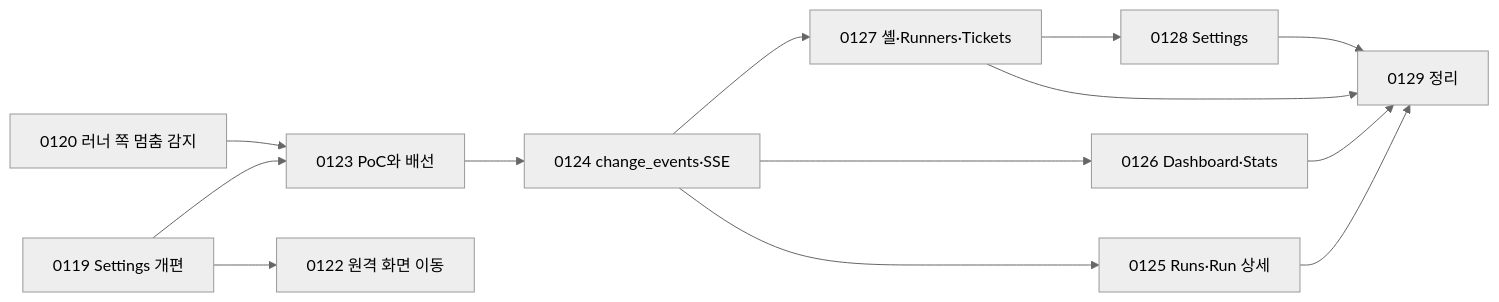
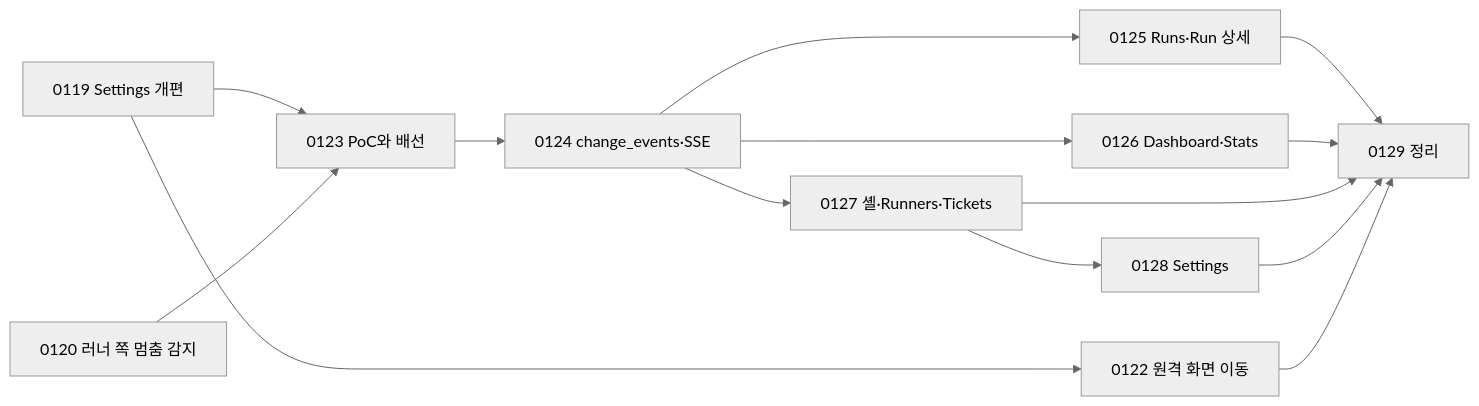
The diagram in docs/spec/0003-query-cache.md (sht02048/factory-orchestrator), drawn with Mermaid (neutral theme) before and after one commit. The commit also changed other lines of this file and 7 other files, not shown here.

````diff
--- a/docs/spec/0003-query-cache.md
+++ b/docs/spec/0003-query-cache.md
@@ -40,12 +41,13 @@
 ```mermaid
 graph LR
   T0119[0119 Settings 개편] --> T0123
   T0120[0120 러너 쪽 멈춤 감지] --> T0123
   T0119 --> T0122[0122 원격 화면 이동]
   T0123[0123 PoC와 배선] --> T0124[0124 change_events·SSE]
   T0124 --> T0125[0125 Runs·Run 상세]
   T0124 --> T0126[0126 Dashboard·Stats]
   T0124 --> T0127[0127 셸·Runners·Tickets]
   T0127 --> T0128[0128 Settings]
   T0125 & T0126 & T0127 & T0128 --> T0129[0129 정리]
+  T0122 --> T0129
 ```
````
